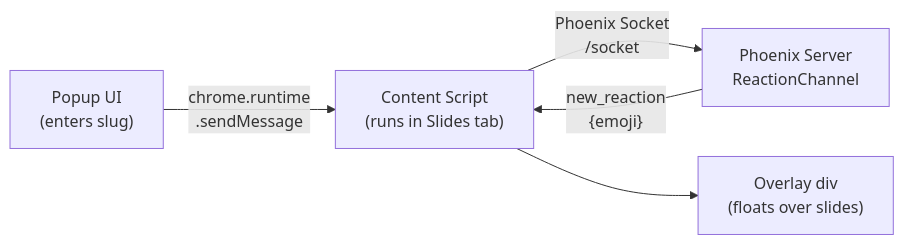
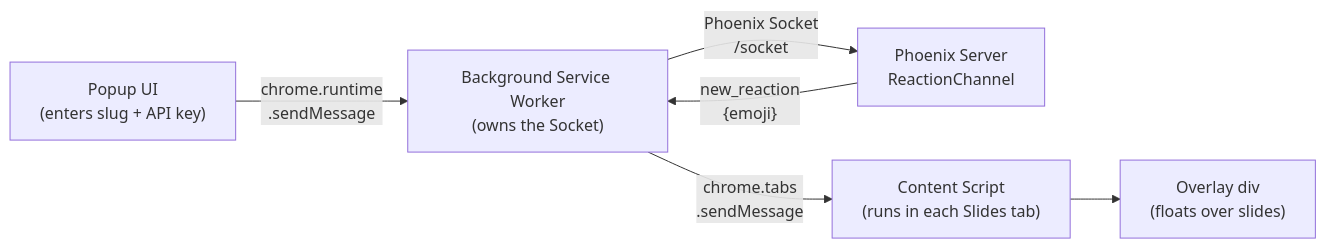
One commit to speechwave-live/speechwave changed the fourth of 5 diagrams in docs/explainer.md. Above: the diagram before and after it, drawn with Mermaid. The commit also changed other lines of this file, not shown here.

Commit message:
docs: describe background-service-worker-owned extension architecture

````diff
--- a/docs/explainer.md
+++ b/docs/explainer.md
@@ -461,7 +484,8 @@
 ```mermaid
 graph LR
-    PP["Popup UI\n(enters slug)"] -->|chrome.runtime\n.sendMessage| CS["Content Script\n(runs in Slides tab)"]
-    CS -->|"Phoenix Socket\n/socket"| PH["Phoenix Server\nReactionChannel"]
-    PH -->|"new_reaction\n{emoji}"| CS
+    PP["Popup UI\n(enters slug + API key)"] -->|chrome.runtime\n.sendMessage| BG["Background Service Worker\n(owns the Socket)"]
+    BG -->|"Phoenix Socket\n/socket"| PH["Phoenix Server\nReactionChannel"]
+    PH -->|"new_reaction\n{emoji}"| BG
+    BG -->|"chrome.tabs\n.sendMessage"| CS["Content Script\n(runs in each Slides tab)"]
     CS --> OV["Overlay div\n(floats over slides)"]
 ```
````
